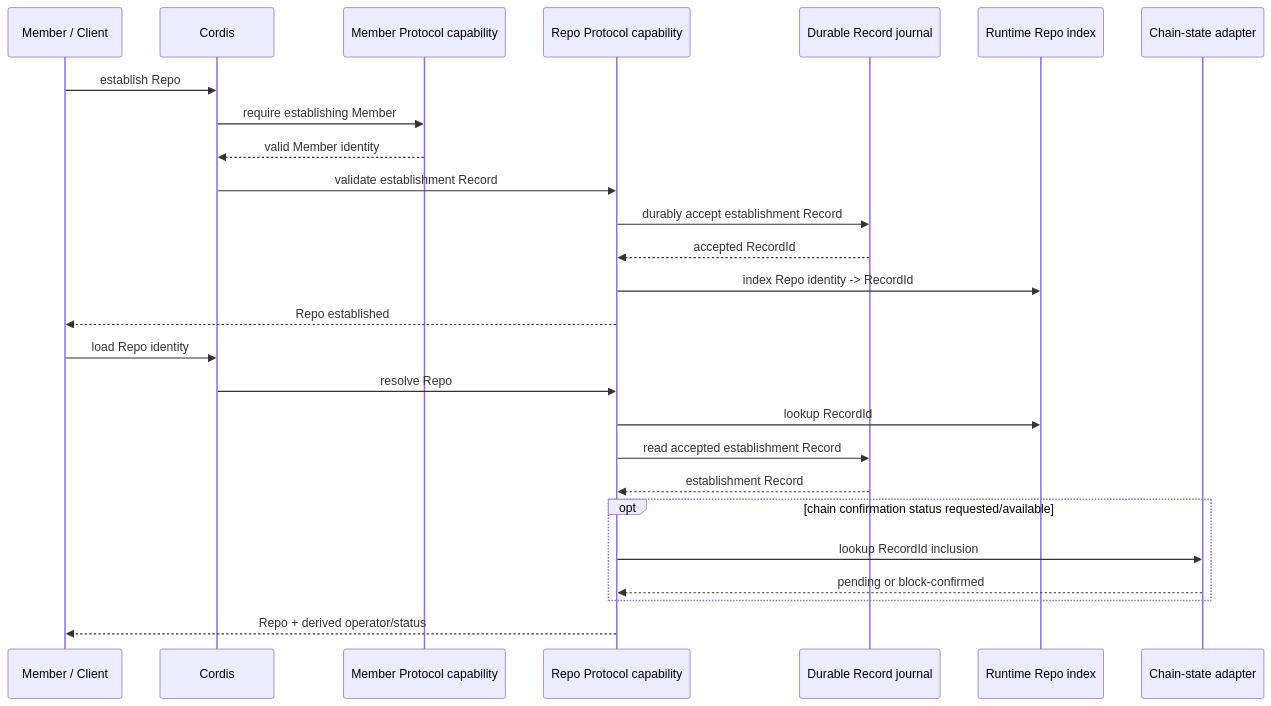
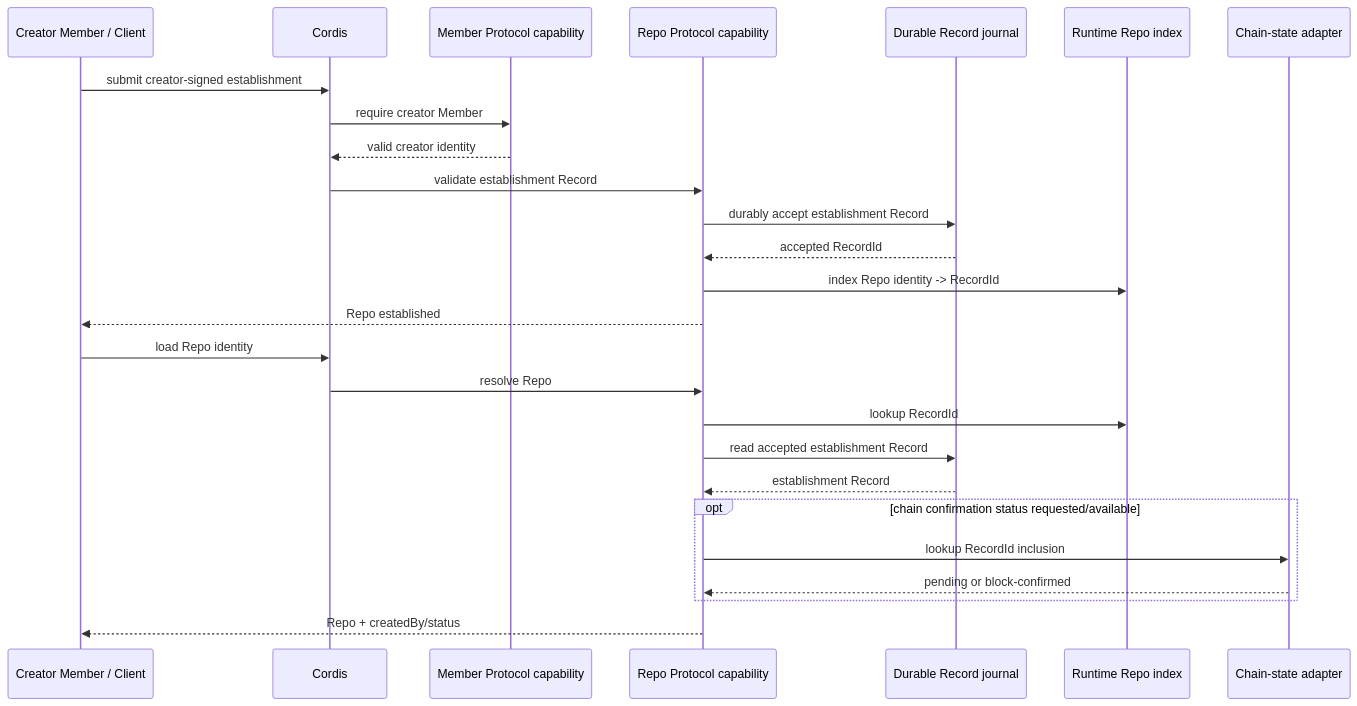
Before and after one commit to labourchain/repository: the third of 5 diagrams in docs/architecture.md, drawn with Mermaid. The commit also changed other lines of this file and 28 other files, not shown here.

First line of the commit message:
refactor: align Repo establishment and Runtime Record database (#30)

````diff
--- a/docs/architecture.md
+++ b/docs/architecture.md
@@ -213,30 +275,30 @@
 ```mermaid
 sequenceDiagram
-    participant Member as Member / Client
+    participant Creator as Creator Member / Client
     participant Cordis as Cordis
     participant MemberProtocol as Member Protocol capability
     participant Repo as Repo Protocol capability
     participant Journal as Durable Record journal
     participant Index as Runtime Repo index
     participant Chain as Chain-state adapter
 
-    Member->>Cordis: establish Repo
-    Cordis->>MemberProtocol: require establishing Member
-    MemberProtocol-->>Cordis: valid Member identity
+    Creator->>Cordis: submit creator-signed establishment
+    Cordis->>MemberProtocol: require creator Member
+    MemberProtocol-->>Cordis: valid creator identity
     Cordis->>Repo: validate establishment Record
     Repo->>Journal: durably accept establishment Record
     Journal-->>Repo: accepted RecordId
     Repo->>Index: index Repo identity -> RecordId
-    Repo-->>Member: Repo established
+    Repo-->>Creator: Repo established
 
-    Member->>Cordis: load Repo identity
+    Creator->>Cordis: load Repo identity
     Cordis->>Repo: resolve Repo
     Repo->>Index: lookup RecordId
     Repo->>Journal: read accepted establishment Record
     Journal-->>Repo: establishment Record
     opt chain confirmation status requested/available
         Repo->>Chain: lookup RecordId inclusion
         Chain-->>Repo: pending or block-confirmed
     end
-    Repo-->>Member: Repo + derived operator/status
+    Repo-->>Creator: Repo + createdBy/status
 ```
````
